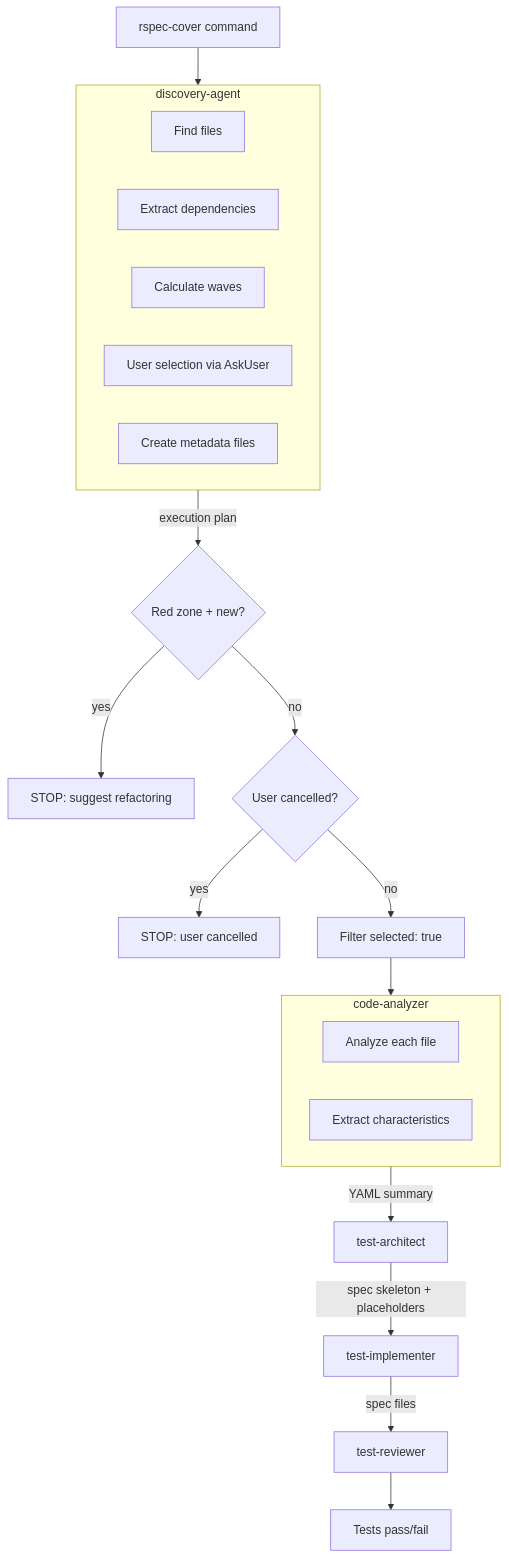
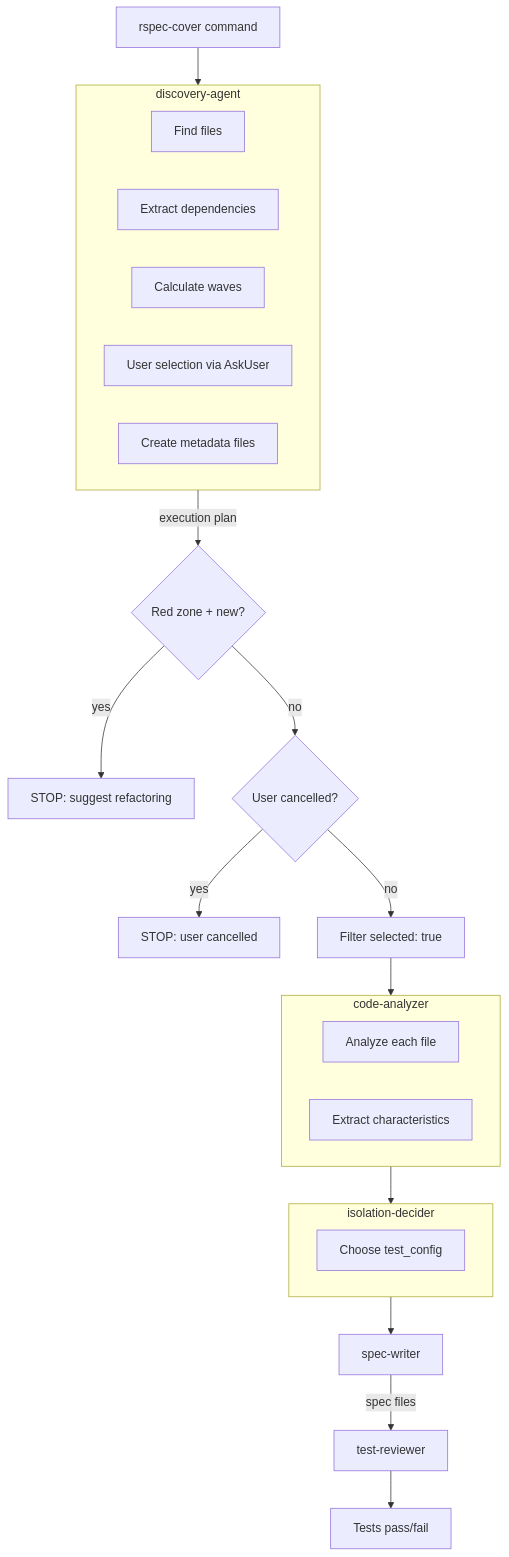
Before and after one commit to AlexeyMatskevich/rspec-guide: the third of 3 diagrams in plugins/rspec-testing/docs/agent-communication.md, drawn with Mermaid. The commit also changed other lines of this file and 30 other files, not shown here.

First line of the commit message:
Replace test-architect/test-implementer with spec-writer

````diff
--- a/plugins/rspec-testing/docs/agent-communication.md
+++ b/plugins/rspec-testing/docs/agent-communication.md
@@ -634,29 +454,33 @@
 ```mermaid
 flowchart TD
     CMD[rspec-cover command] --> DA
 
     subgraph DA[discovery-agent]
         DA1[Find files]
         DA2[Extract dependencies]
         DA3[Calculate waves]
         DA4[User selection via AskUser]
         DA5[Create metadata files]
     end
 
     DA -->|execution plan| STOP{Red zone + new?}
     STOP -->|yes| HALT[STOP: suggest refactoring]
     STOP -->|no| SEL{User cancelled?}
     SEL -->|yes| CANCEL[STOP: user cancelled]
     SEL -->|no| FILTER[Filter selected: true]
     FILTER --> CA
 
     subgraph CA[code-analyzer]
         CA1[Analyze each file]
         CA2[Extract characteristics]
     end
 
-    CA -->|YAML summary| TA[test-architect]
-    TA -->|spec skeleton + placeholders| TI[test-implementer]
-    TI -->|spec files| TR[test-reviewer]
+    subgraph ID[isolation-decider]
+        ID1[Choose test_config]
+    end
+
+    CA --> ID
+    ID --> SW[spec-writer]
+    SW -->|spec files| TR[test-reviewer]
     TR --> DONE[Tests pass/fail]
 ```
````
